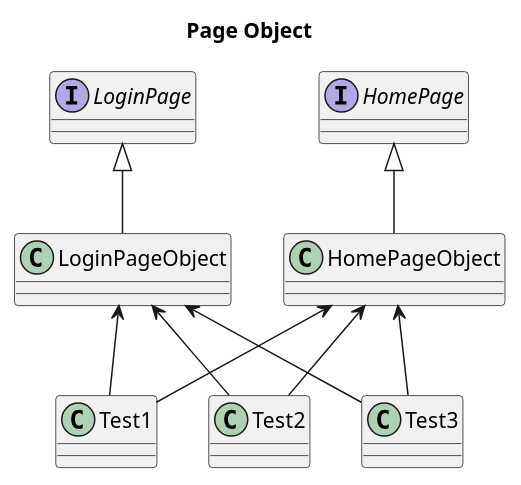
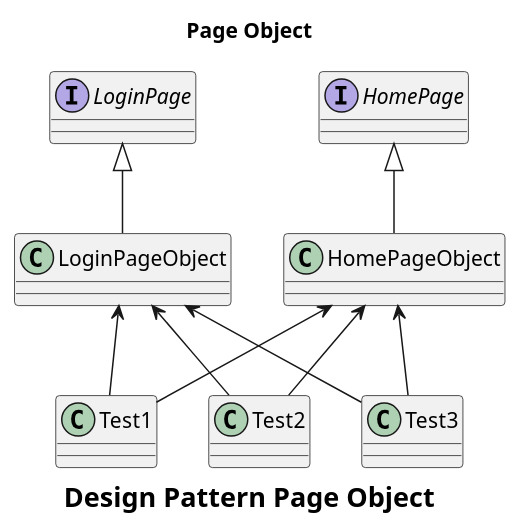
One commit to tavenel/website changed the first of 4 diagrams in src/pages/cours/tests/methodo/patterns-cours.md. Above: the diagram before and after it, drawn with PlantUML. The commit also changed other lines of this file and 22 other files, not shown here.

Commit message:
astro: plantuml and cleanup all diagrams

````diff
--- a/src/pages/cours/tests/methodo/patterns-cours.md
+++ b/src/pages/cours/tests/methodo/patterns-cours.md
@@ -41,23 +40,28 @@
 ```plantuml
 @startuml
+
+caption
+= Design Pattern Page Object
+endcaption
+
 title Page Object
 
 interface HomePage
 interface LoginPage
 class HomePageObject
 class LoginPageObject
 class Test1
 class Test2
 class Test3
 
 HomePageObject -up-|> HomePage
 LoginPageObject -up-|> LoginPage
 
 Test1 -up-> HomePageObject
 Test1 -up-> LoginPageObject
 Test2 -up-> HomePageObject
 Test2 -up-> LoginPageObject
 Test3 -up-> HomePageObject
 Test3 -up-> LoginPageObject
 @enduml
 ```
````
